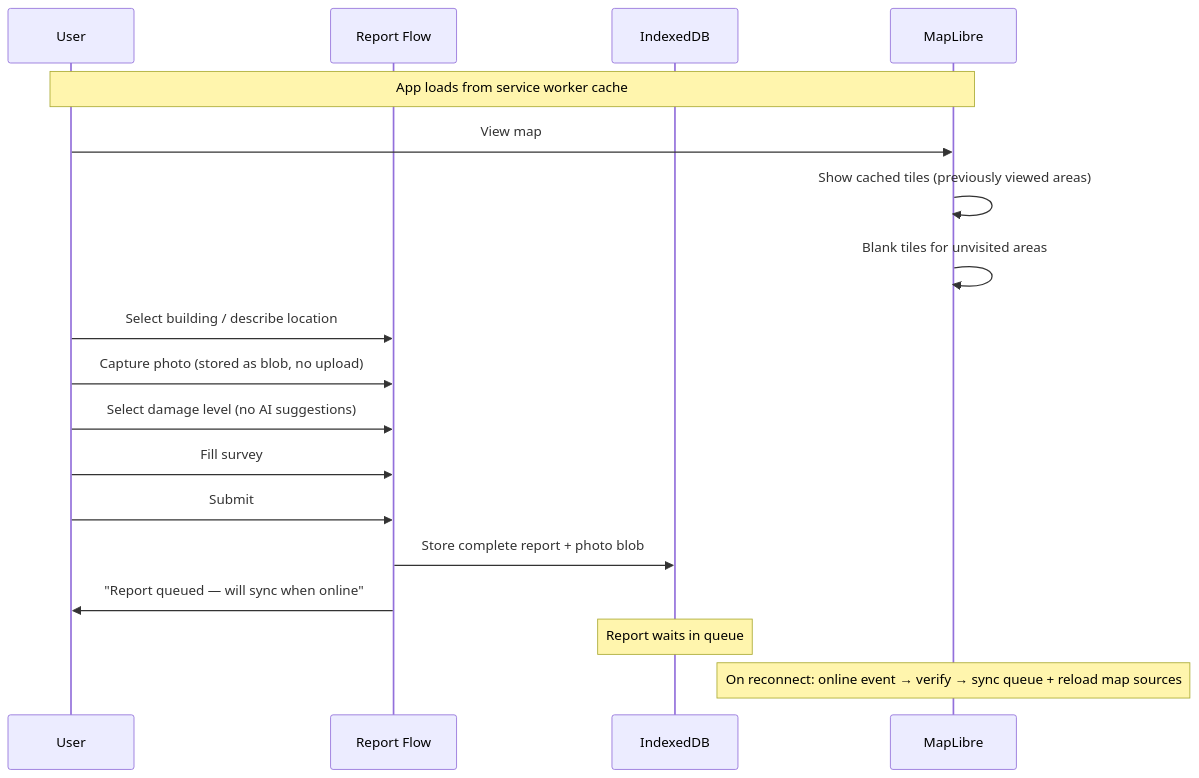
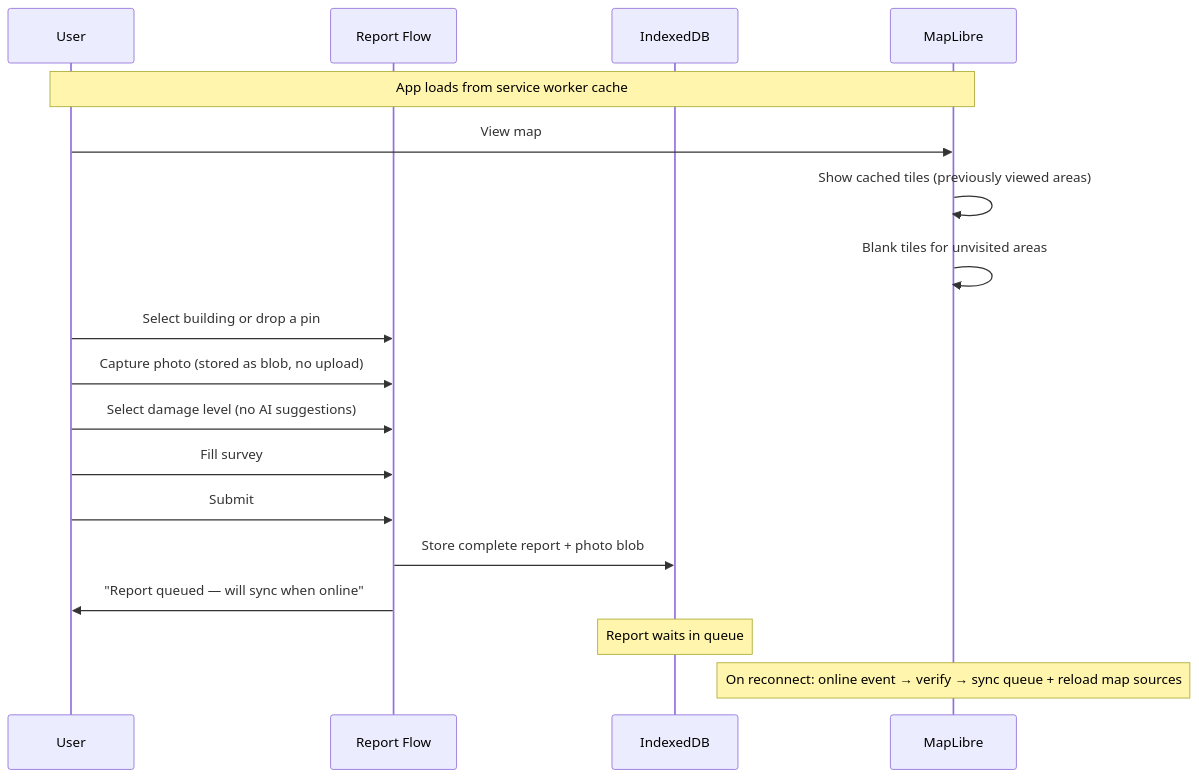
One commit to foad/terra changed the third of 10 diagrams in docs/offline-connectivity-scenarios.md. Above: the diagram before and after it, drawn with Mermaid. The commit also changed other lines of this file and 3 other files, not shown here.

````diff
--- a/docs/offline-connectivity-scenarios.md
+++ b/docs/offline-connectivity-scenarios.md
@@ -81,24 +81,24 @@
 ```mermaid
 sequenceDiagram
     participant U as User
     participant UI as Report Flow
     participant IDB as IndexedDB
     participant Map as MapLibre
 
     Note over U,Map: App loads from service worker cache
 
     U->>Map: View map
     Map->>Map: Show cached tiles (previously viewed areas)
     Map->>Map: Blank tiles for unvisited areas
 
-    U->>UI: Select building / describe location
+    U->>UI: Select building or drop a pin
     U->>UI: Capture photo (stored as blob, no upload)
     U->>UI: Select damage level (no AI suggestions)
     U->>UI: Fill survey
     U->>UI: Submit
     UI->>IDB: Store complete report + photo blob
     UI->>U: "Report queued — will sync when online"
 
     Note over IDB: Report waits in queue
     Note over Map: On reconnect: online event → verify → sync queue + reload map sources
 ```
````
